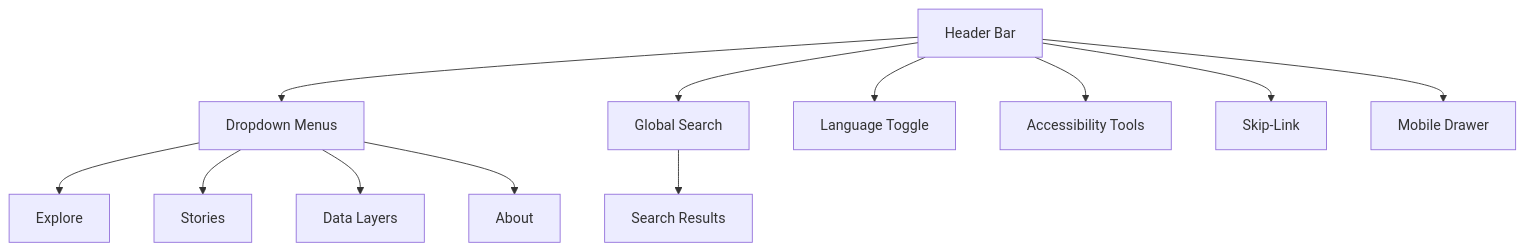
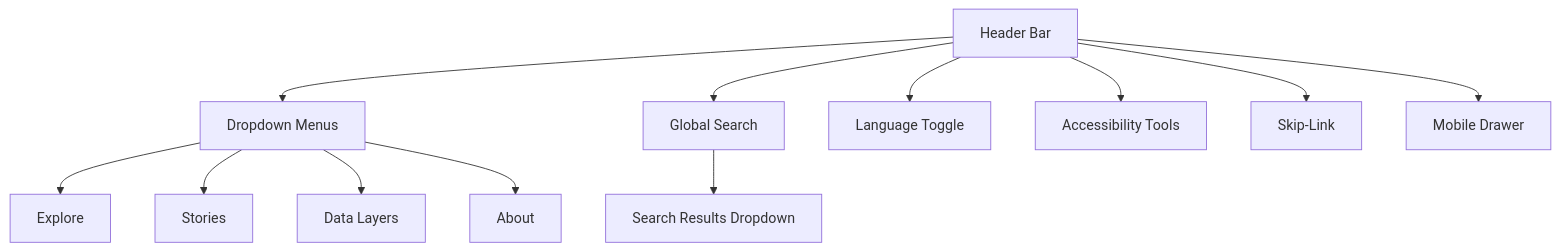
Before and after one commit to bartytime4life/Kansas-Frontier-Matrix: the first of 2 diagrams in docs/design/reviews/ui_components/timeline.md, drawn with Mermaid. The commit also changed other lines of this file, not shown here.

````diff
--- a/docs/design/reviews/ui_components/timeline.md
+++ b/docs/design/reviews/ui_components/timeline.md
@@ -112,14 +121,14 @@
 ```mermaid
 flowchart TD
   A["Header Bar"] --> B["Dropdown Menus"]
   B --> C["Explore"]
   B --> D["Stories"]
   B --> E["Data Layers"]
   B --> F["About"]
   A --> G["Global Search"]
   A --> H["Language Toggle"]
   A --> I["Accessibility Tools"]
   A --> J["Skip-Link"]
   A --> K["Mobile Drawer"]
-  G --> L["Search Results"]
+  G --> L["Search Results Dropdown"]
 ```
````
